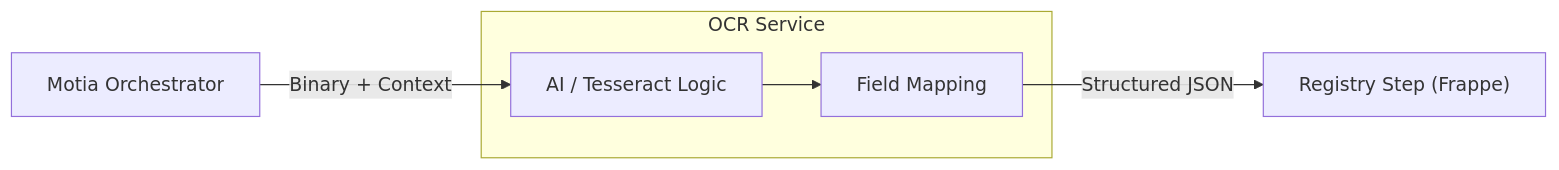
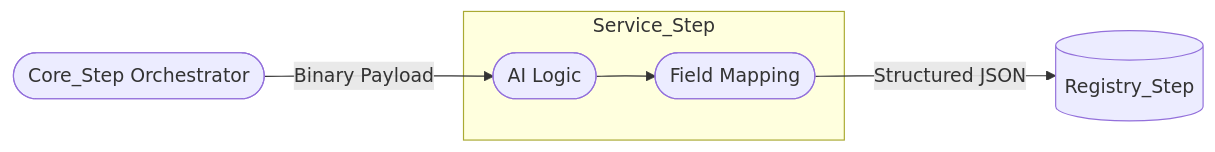
Before and after one commit to internetartsy/JK: the second of 2 diagrams in documentation/ocr_geo.md, drawn with Mermaid. The commit also changed other lines of this file and 37 other files, not shown here.

````diff
--- a/documentation/ocr_geo.md
+++ b/documentation/ocr_geo.md
@@ -19,13 +60,13 @@
 ```mermaid
 flowchart LR
-    MO["Motia Orchestrator"]
-    subgraph Service_Step [OCR Service]
-        AI["AI / Tesseract Logic"]
-        Map["Field Mapping"]
+    MO(["Core_Step Orchestrator"])
+    subgraph Service_Stage [Service_Step]
+        AI(["AI Logic"])
+        Map(["Field Mapping"])
     end
-    Frappe["Registry Step (Frappe)"]
+    Frappe[("Registry_Step")]
 
-    MO -->|"Binary + Context"| AI
+    MO -->|"Binary Payload"| AI
     AI --> Map
     Map -->|"Structured JSON"| Frappe
 ```
````
